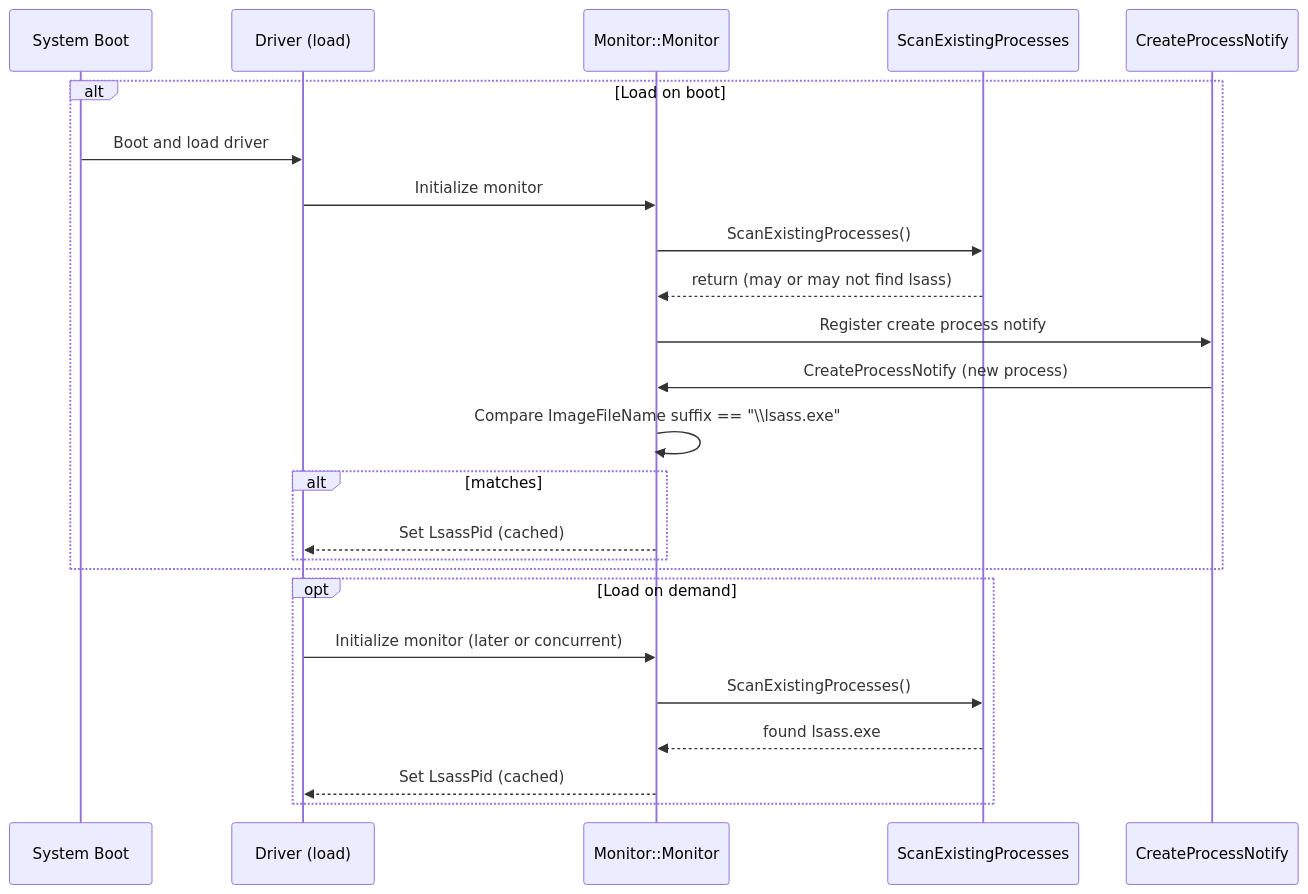
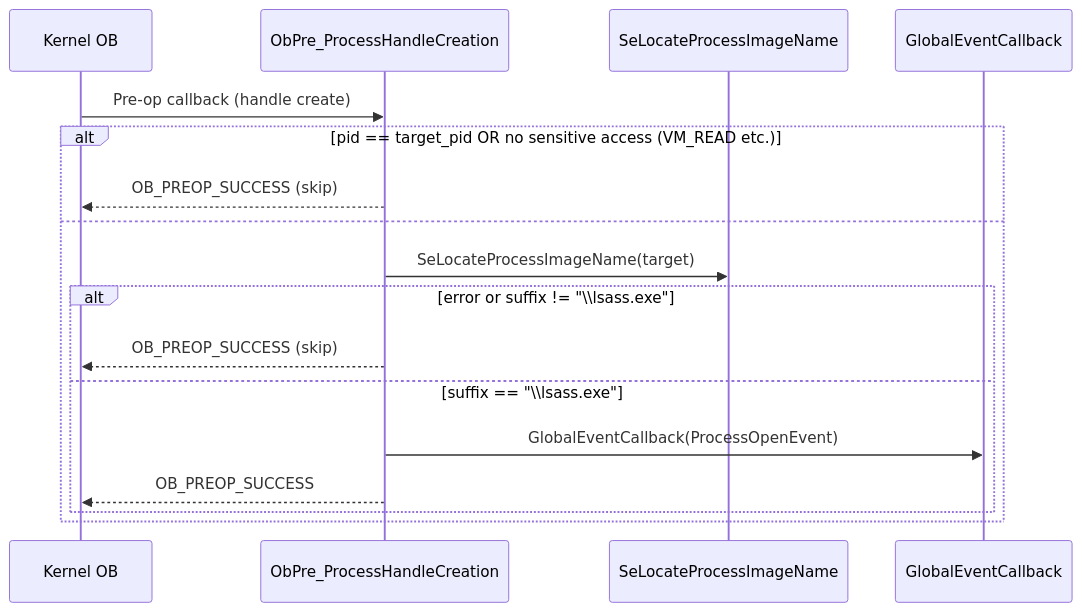
One commit to lebaoworks/FilterDriver changed the diagram in EvtDrv/ProcessMonitor.md. Above: the diagram before and after it, drawn with Mermaid. The commit also changed other lines of this file and 1 other file, not shown here.

Commit message:
Reapply "Update ProcessMonitor.cpp"
This reverts commit 24fb890b03bce9ce552e4703518a79e4d3c064d2.

````diff
--- a/EvtDrv/ProcessMonitor.md
+++ b/EvtDrv/ProcessMonitor.md
@@ -14,28 +19,20 @@
 ```mermaid
 sequenceDiagram
-    participant System as System Boot
-    participant Driver as Driver (load)
-    participant Monitor as Monitor::Monitor
-    participant SysInfo as ScanExistingProcesses
-    participant Notifier as CreateProcessNotify
+    participant Kernel as Kernel OB
+    participant CB as ObPre_ProcessHandleCreation
+    participant Se as SeLocateProcessImageName
+    participant Cb as GlobalEventCallback
 
-    alt Load on boot
-        System->>Driver: Boot and load driver
-        Driver->>Monitor: Initialize monitor
-        Monitor->>SysInfo: ScanExistingProcesses()
-        SysInfo-->>Monitor: return (may or may not find lsass)
-        Monitor->>Notifier: Register create process notify
-        Notifier->>Monitor: CreateProcessNotify (new process)
-        Monitor->>Monitor: Compare ImageFileName suffix == "\\lsass.exe"
-        alt matches
-            Monitor-->>Driver: Set LsassPid (cached)
+    Kernel->>CB: Pre-op callback (handle create)
+    alt pid == target_pid OR no sensitive access (VM_READ etc.)
+        CB-->>Kernel: OB_PREOP_SUCCESS (skip)
+    else
+        CB->>Se: SeLocateProcessImageName(target)
+        alt error or suffix != "\\lsass.exe"
+            CB-->>Kernel: OB_PREOP_SUCCESS (skip)
+        else suffix == "\\lsass.exe"
+            CB->>Cb: GlobalEventCallback(ProcessOpenEvent)
+            CB-->>Kernel: OB_PREOP_SUCCESS
         end
     end
-
-    opt Load on demand
-        Driver->>Monitor: Initialize monitor (later or concurrent)
-        Monitor->>SysInfo: ScanExistingProcesses()
-        SysInfo-->>Monitor: found lsass.exe
-        Monitor-->>Driver: Set LsassPid (cached)
-    end
 ```
````
